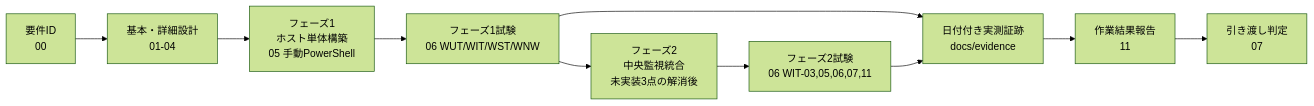
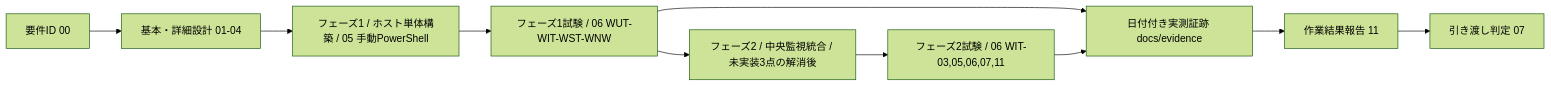
The diagram in docs/build-package-windows/README.md (ns7jp/server), drawn with Mermaid (forest theme) before and after one commit. The commit also changed 8 other files, not shown here.

Commit message:
Fix Mermaid diagrams on GitHub

````diff
--- a/docs/build-package-windows/README.md
+++ b/docs/build-package-windows/README.md
@@ -9,23 +9,12 @@
 ```mermaid
 flowchart LR
-    R["`要件ID
-    00`"] --> D["`基本・詳細設計
-    01-04`"]
-    D --> P1B["`フェーズ1
-    ホスト単体構築
-    05 手動PowerShell`"]
-    P1B --> P1T["`フェーズ1試験
-    06 WUT/WIT/WST/WNW`"]
-    P1T --> P2B["`フェーズ2
-    中央監視統合
-    未実装3点の解消後`"]
-    P2B --> P2T["`フェーズ2試験
-    06 WIT-03,05,06,07,11`"]
-    P1T --> E["`日付付き実測証跡
-    docs/evidence`"]
+    R["要件ID 00"] --> D["基本・詳細設計 01-04"]
+    D --> P1B["フェーズ1 / ホスト単体構築 / 05 手動PowerShell"]
+    P1B --> P1T["フェーズ1試験 / 06 WUT-WIT-WST-WNW"]
+    P1T --> P2B["フェーズ2 / 中央監視統合 / 未実装3点の解消後"]
+    P2B --> P2T["フェーズ2試験 / 06 WIT-03,05,06,07,11"]
+    P1T --> E["日付付き実測証跡 docs/evidence"]
     P2T --> E
-    E --> W["`作業結果報告
-    11`"]
-    W --> H["`引き渡し判定
-    07`"]
+    E --> W["作業結果報告 11"]
+    W --> H["引き渡し判定 07"]
 ```
````
